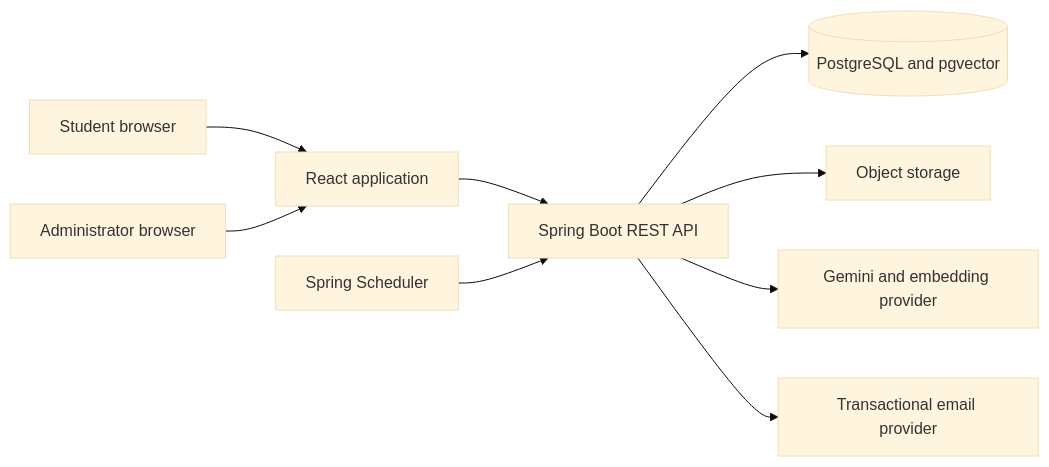
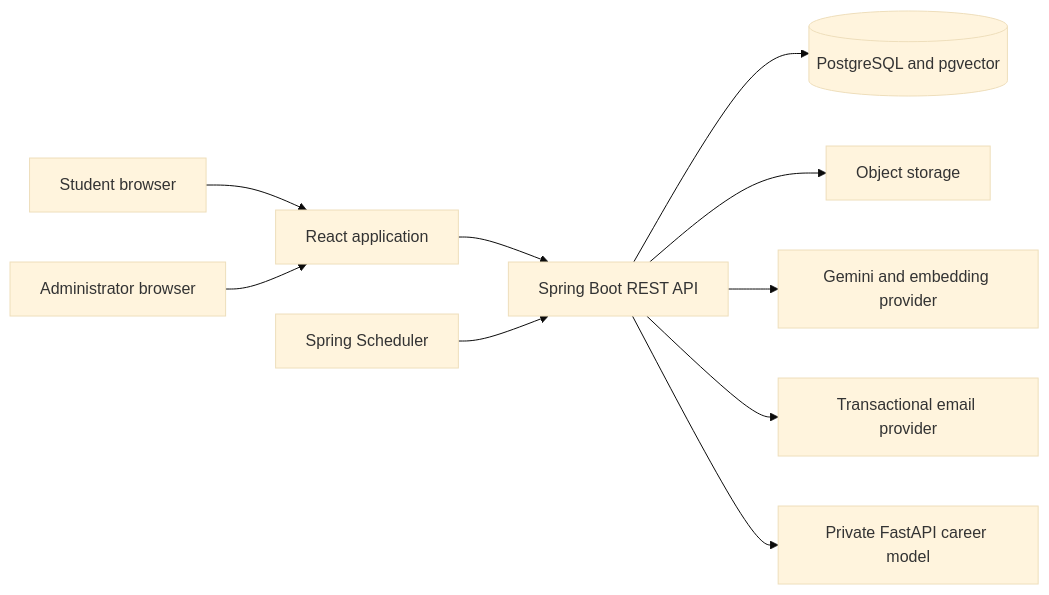
The diagram in docs/architecture/system-context.md (Manyakothari1801/carrerpilot-ai), drawn with Mermaid (base theme) before and after one commit. The commit also changed other lines of this file and 316 other files, not shown here.

````diff
--- a/docs/architecture/system-context.md
+++ b/docs/architecture/system-context.md
@@ -5,11 +5,12 @@
 ```mermaid
 flowchart LR
     Student[Student browser] --> SPA[React application]
     Admin[Administrator browser] --> SPA
     SPA --> API[Spring Boot REST API]
     API --> DB[(PostgreSQL and pgvector)]
     API --> Store[Object storage]
     API --> AI[Gemini and embedding provider]
     API --> Mail[Transactional email provider]
+    API --> ML[Private FastAPI career model]
     Scheduler[Spring Scheduler] --> API
 ```
````
